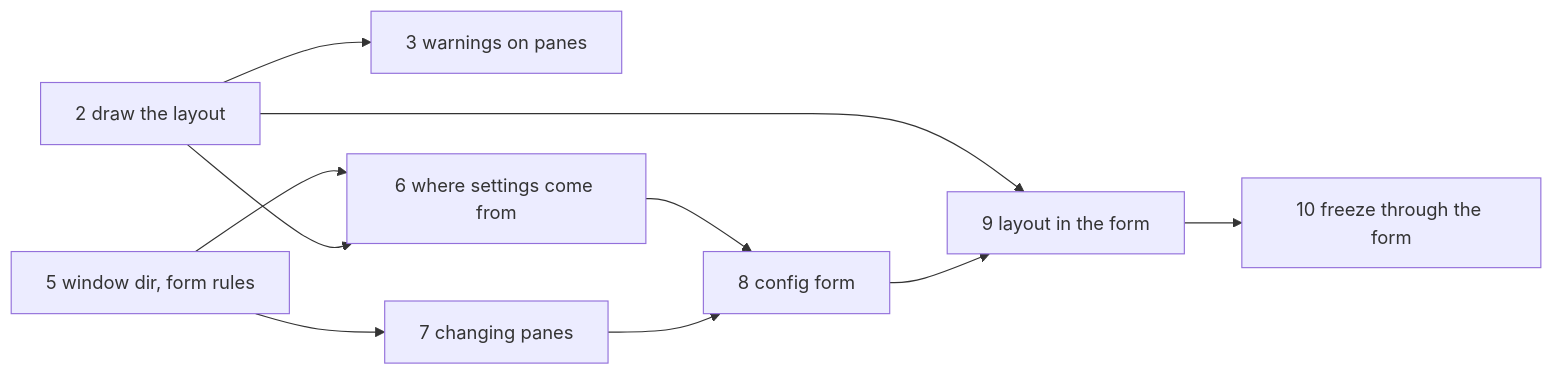
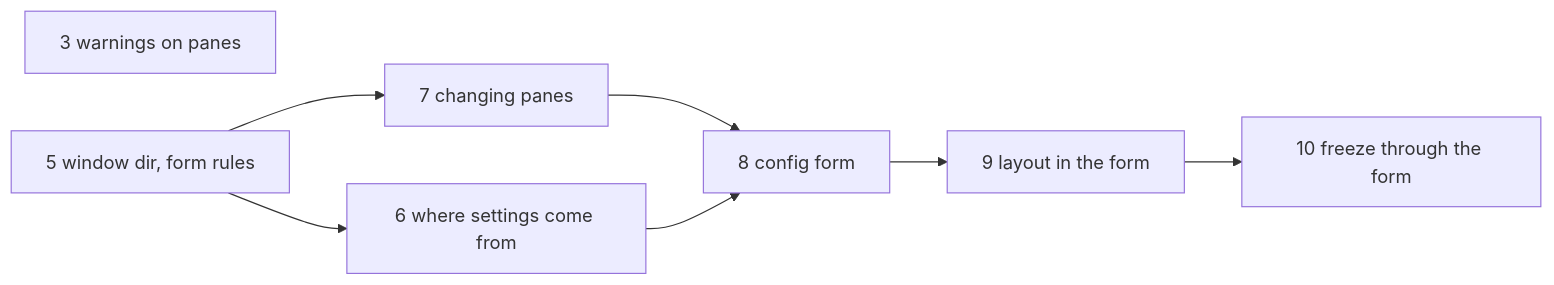
Before and after one commit to medilies/weaver: the diagram in docs/backlog.md, drawn with Mermaid. The commit also changed other lines of this file and 5 other files, not shown here.

First line of the commit message:
feat(browser): draw the selected window's panes in place of the config

````diff
--- a/docs/backlog.md
+++ b/docs/backlog.md
@@ -45,11 +44,9 @@
 ```mermaid
 flowchart LR
-    T2[2 draw the layout] --> T3[3 warnings on panes]
-    T2 --> T6[6 where settings come from]
-    T5[5 window dir, form rules] --> T6
+    T3[3 warnings on panes]
+    T5[5 window dir, form rules] --> T6[6 where settings come from]
     T5 --> T7[7 changing panes]
     T7 --> T8[8 config form]
     T6 --> T8
     T8 --> T9[9 layout in the form] --> T10[10 freeze through the form]
-    T2 --> T9
 ```
````
